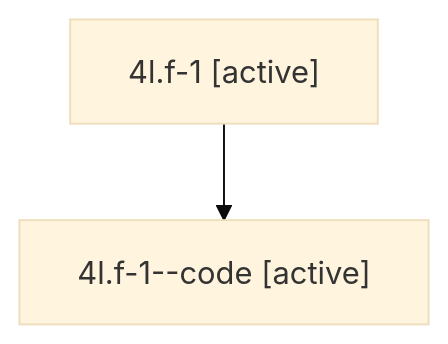
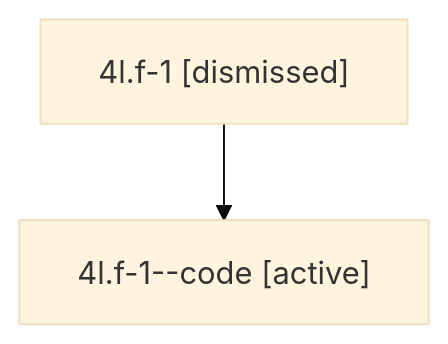
One commit to bobs-org/bob-cli--agents changed the diagram in sessions/bbugyi200.athena.4l.f-1.md. Above: the diagram before and after it, drawn with Mermaid (base theme). The commit also changed other lines of this file and 46 other files, not shown here.

````diff
--- a/sessions/bbugyi200.athena.4l.f-1.md
+++ b/sessions/bbugyi200.athena.4l.f-1.md
@@ -9,6 +9,6 @@
 ```mermaid
 flowchart TD
-  n0["4l.f-1 [active]"]
+  n0["4l.f-1 [dismissed]"]
   n1["4l.f-1--code [active]"]
   n0 --> n1
 ```
````
